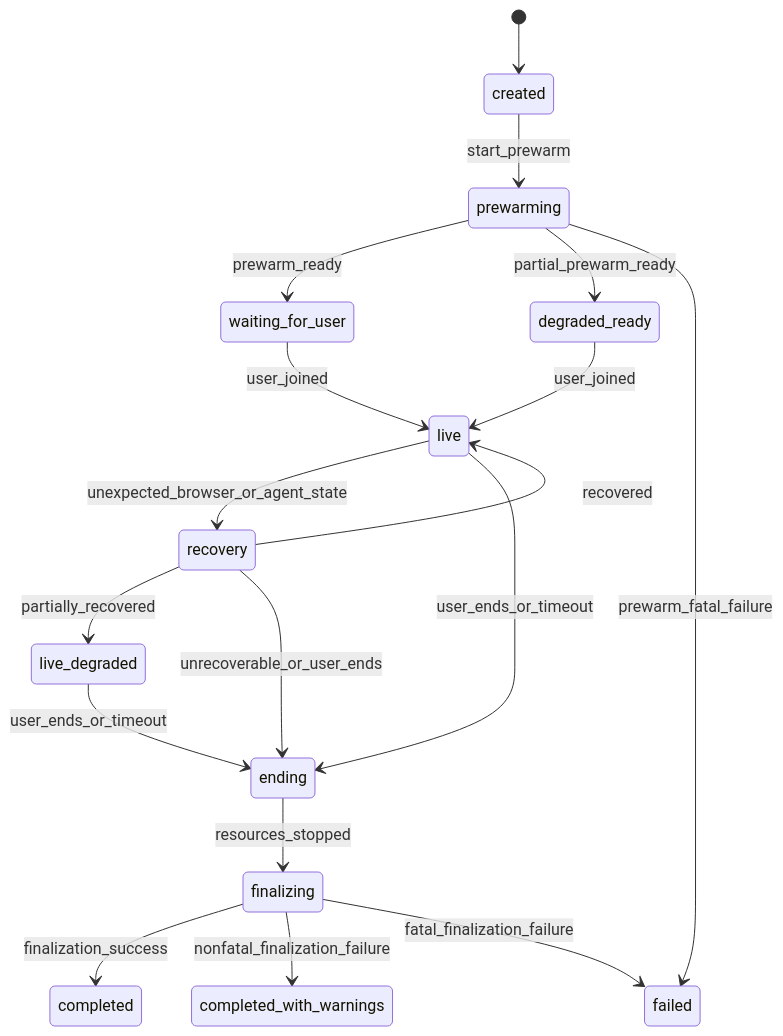
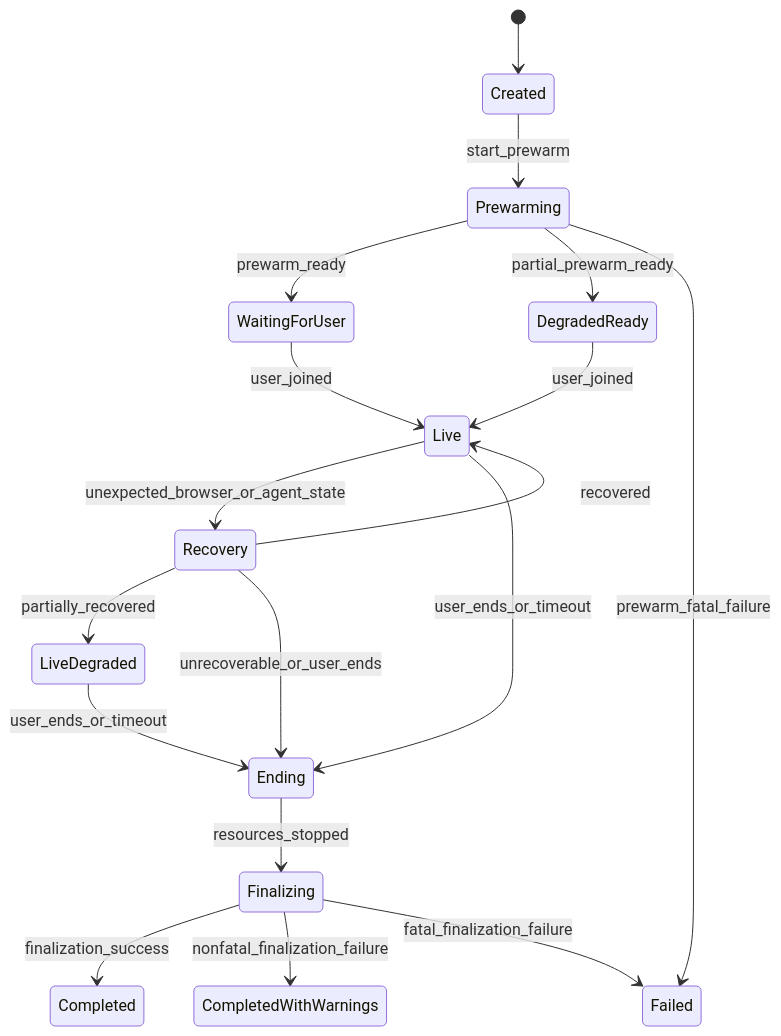
One commit to roshaninfordham/personalised-demo-ai-agent changed the third of 9 diagrams in docs/architecture/system-design.md. Above: the diagram before and after it, drawn with Mermaid. The commit also changed other lines of this file and 61 other files, not shown here.

````diff
--- a/docs/architecture/system-design.md
+++ b/docs/architecture/system-design.md
@@ -92,20 +133,20 @@
 ```mermaid
 stateDiagram-v2
-    [*] --> created
-    created --> prewarming: start_prewarm
-    prewarming --> waiting_for_user: prewarm_ready
-    prewarming --> degraded_ready: partial_prewarm_ready
-    prewarming --> failed: prewarm_fatal_failure
-    waiting_for_user --> live: user_joined
-    degraded_ready --> live: user_joined
-    live --> recovery: unexpected_browser_or_agent_state
-    recovery --> live: recovered
-    recovery --> live_degraded: partially_recovered
-    recovery --> ending: unrecoverable_or_user_ends
-    live --> ending: user_ends_or_timeout
-    live_degraded --> ending: user_ends_or_timeout
-    ending --> finalizing: resources_stopped
-    finalizing --> completed: finalization_success
-    finalizing --> completed_with_warnings: nonfatal_finalization_failure
-    finalizing --> failed: fatal_finalization_failure
+    [*] --> Created
+    Created --> Prewarming: start_prewarm
+    Prewarming --> WaitingForUser: prewarm_ready
+    Prewarming --> DegradedReady: partial_prewarm_ready
+    Prewarming --> Failed: prewarm_fatal_failure
+    WaitingForUser --> Live: user_joined
+    DegradedReady --> Live: user_joined
+    Live --> Recovery: unexpected_browser_or_agent_state
+    Recovery --> Live: recovered
+    Recovery --> LiveDegraded: partially_recovered
+    Recovery --> Ending: unrecoverable_or_user_ends
+    Live --> Ending: user_ends_or_timeout
+    LiveDegraded --> Ending: user_ends_or_timeout
+    Ending --> Finalizing: resources_stopped
+    Finalizing --> Completed: finalization_success
+    Finalizing --> CompletedWithWarnings: nonfatal_finalization_failure
+    Finalizing --> Failed: fatal_finalization_failure
 ```
````
